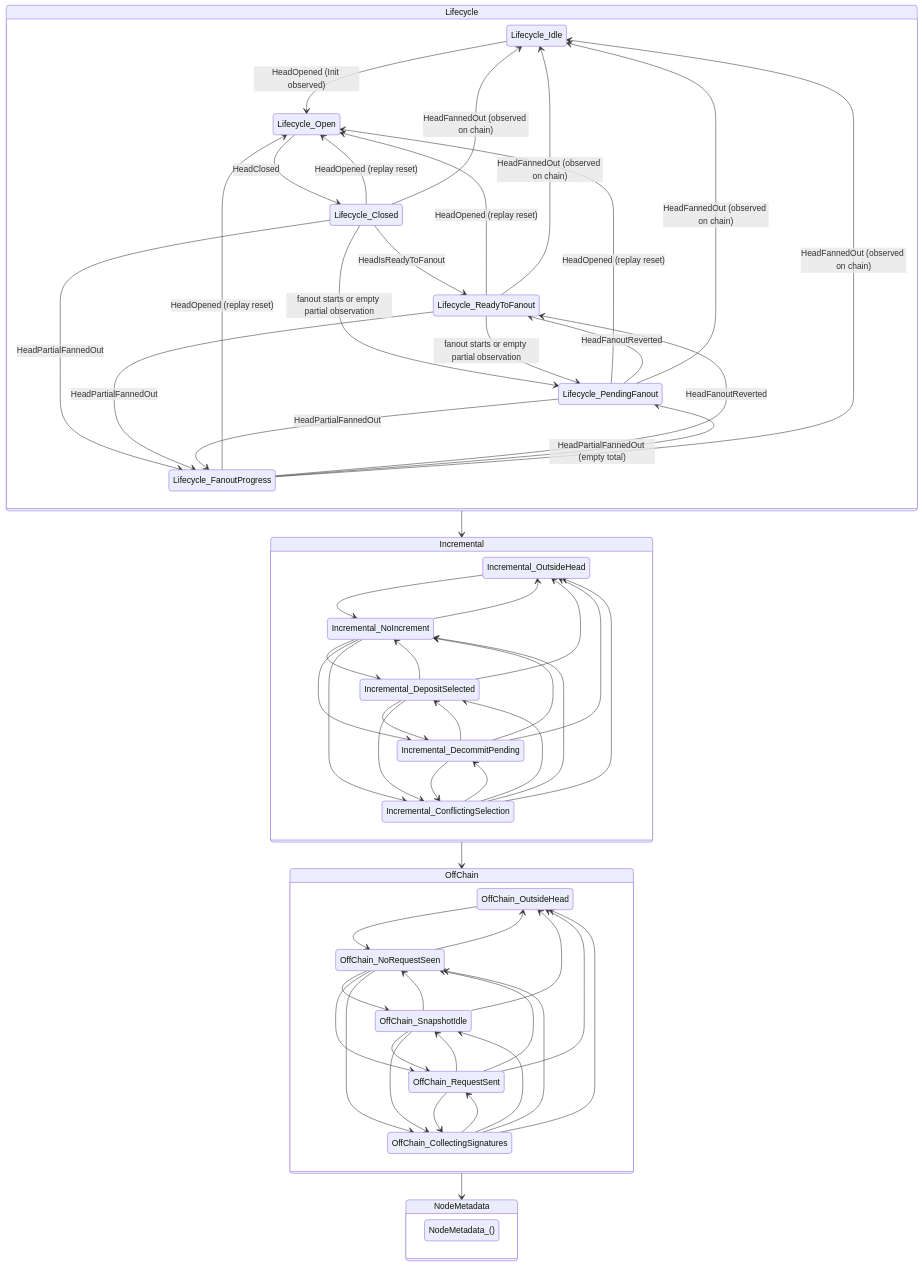
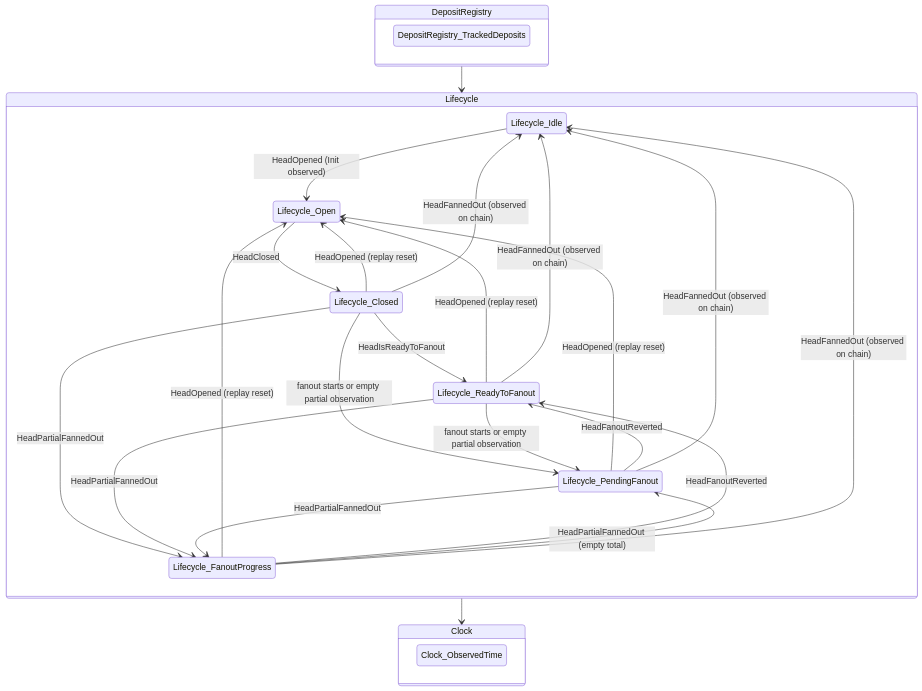
The diagram in docs/head-logic-machines/composition.mmd (cardano-scaling/hydra), drawn with Mermaid before and after one commit. The commit also changed 49 other files, not shown here.

```diff
--- a/docs/head-logic-machines/composition.mmd
+++ b/docs/head-logic-machines/composition.mmd
@@ -1,82 +1,36 @@
 stateDiagram-v2
+state DepositRegistry {
+DepositRegistry_TrackedDeposits
+}
 state Lifecycle {
 Lifecycle_Idle
 Lifecycle_Open
 Lifecycle_Closed
 Lifecycle_ReadyToFanout
 Lifecycle_PendingFanout
 Lifecycle_FanoutProgress
 Lifecycle_Idle --> Lifecycle_Open: HeadOpened (Init observed)
 Lifecycle_Open --> Lifecycle_Closed: HeadClosed
 Lifecycle_Closed --> Lifecycle_Open: HeadOpened (replay reset)
 Lifecycle_Closed --> Lifecycle_ReadyToFanout: HeadIsReadyToFanout
 Lifecycle_Closed --> Lifecycle_PendingFanout: fanout starts or empty partial observation
 Lifecycle_Closed --> Lifecycle_FanoutProgress: HeadPartialFannedOut
 Lifecycle_Closed --> Lifecycle_Idle: HeadFannedOut (observed on chain)
 Lifecycle_ReadyToFanout --> Lifecycle_Open: HeadOpened (replay reset)
 Lifecycle_ReadyToFanout --> Lifecycle_PendingFanout: fanout starts or empty partial observation
 Lifecycle_ReadyToFanout --> Lifecycle_FanoutProgress: HeadPartialFannedOut
 Lifecycle_ReadyToFanout --> Lifecycle_Idle: HeadFannedOut (observed on chain)
 Lifecycle_PendingFanout --> Lifecycle_Open: HeadOpened (replay reset)
 Lifecycle_PendingFanout --> Lifecycle_ReadyToFanout: HeadFanoutReverted
 Lifecycle_PendingFanout --> Lifecycle_FanoutProgress: HeadPartialFannedOut
 Lifecycle_PendingFanout --> Lifecycle_Idle: HeadFannedOut (observed on chain)
 Lifecycle_FanoutProgress --> Lifecycle_Open: HeadOpened (replay reset)
 Lifecycle_FanoutProgress --> Lifecycle_ReadyToFanout: HeadFanoutReverted
 Lifecycle_FanoutProgress --> Lifecycle_PendingFanout: HeadPartialFannedOut (empty total)
 Lifecycle_FanoutProgress --> Lifecycle_Idle: HeadFannedOut (observed on chain)
 }
-state Incremental {
-Incremental_OutsideHead
-Incremental_NoIncrement
-Incremental_DepositSelected
-Incremental_DecommitPending
-Incremental_ConflictingSelection
-Incremental_OutsideHead --> Incremental_NoIncrement
-Incremental_NoIncrement --> Incremental_OutsideHead
-Incremental_NoIncrement --> Incremental_DepositSelected
-Incremental_NoIncrement --> Incremental_DecommitPending
-Incremental_NoIncrement --> Incremental_ConflictingSelection
-Incremental_DepositSelected --> Incremental_OutsideHead
-Incremental_DepositSelected --> Incremental_NoIncrement
-Incremental_DepositSelected --> Incremental_DecommitPending
-Incremental_DepositSelected --> Incremental_ConflictingSelection
-Incremental_DecommitPending --> Incremental_OutsideHead
-Incremental_DecommitPending --> Incremental_NoIncrement
-Incremental_DecommitPending --> Incremental_DepositSelected
-Incremental_DecommitPending --> Incremental_ConflictingSelection
-Incremental_ConflictingSelection --> Incremental_OutsideHead
-Incremental_ConflictingSelection --> Incremental_NoIncrement
-Incremental_ConflictingSelection --> Incremental_DepositSelected
-Incremental_ConflictingSelection --> Incremental_DecommitPending
+DepositRegistry --> Lifecycle
+state Clock {
+Clock_ObservedTime
 }
-Lifecycle --> Incremental
-state OffChain {
-OffChain_OutsideHead
-OffChain_NoRequestSeen
-OffChain_SnapshotIdle
-OffChain_RequestSent
-OffChain_CollectingSignatures
-OffChain_OutsideHead --> OffChain_NoRequestSeen
-OffChain_NoRequestSeen --> OffChain_OutsideHead
-OffChain_NoRequestSeen --> OffChain_SnapshotIdle
-OffChain_NoRequestSeen --> OffChain_RequestSent
-OffChain_NoRequestSeen --> OffChain_CollectingSignatures
-OffChain_SnapshotIdle --> OffChain_OutsideHead
-OffChain_SnapshotIdle --> OffChain_NoRequestSeen
-OffChain_SnapshotIdle --> OffChain_RequestSent
-OffChain_SnapshotIdle --> OffChain_CollectingSignatures
-OffChain_RequestSent --> OffChain_OutsideHead
-OffChain_RequestSent --> OffChain_NoRequestSeen
-OffChain_RequestSent --> OffChain_SnapshotIdle
-OffChain_RequestSent --> OffChain_CollectingSignatures
-OffChain_CollectingSignatures --> OffChain_OutsideHead
-OffChain_CollectingSignatures --> OffChain_NoRequestSeen
-OffChain_CollectingSignatures --> OffChain_SnapshotIdle
-OffChain_CollectingSignatures --> OffChain_RequestSent
-}
-Incremental --> OffChain
-state NodeMetadata {
-NodeMetadata_()
-}
-OffChain --> NodeMetadata
+Lifecycle --> Clock
```
